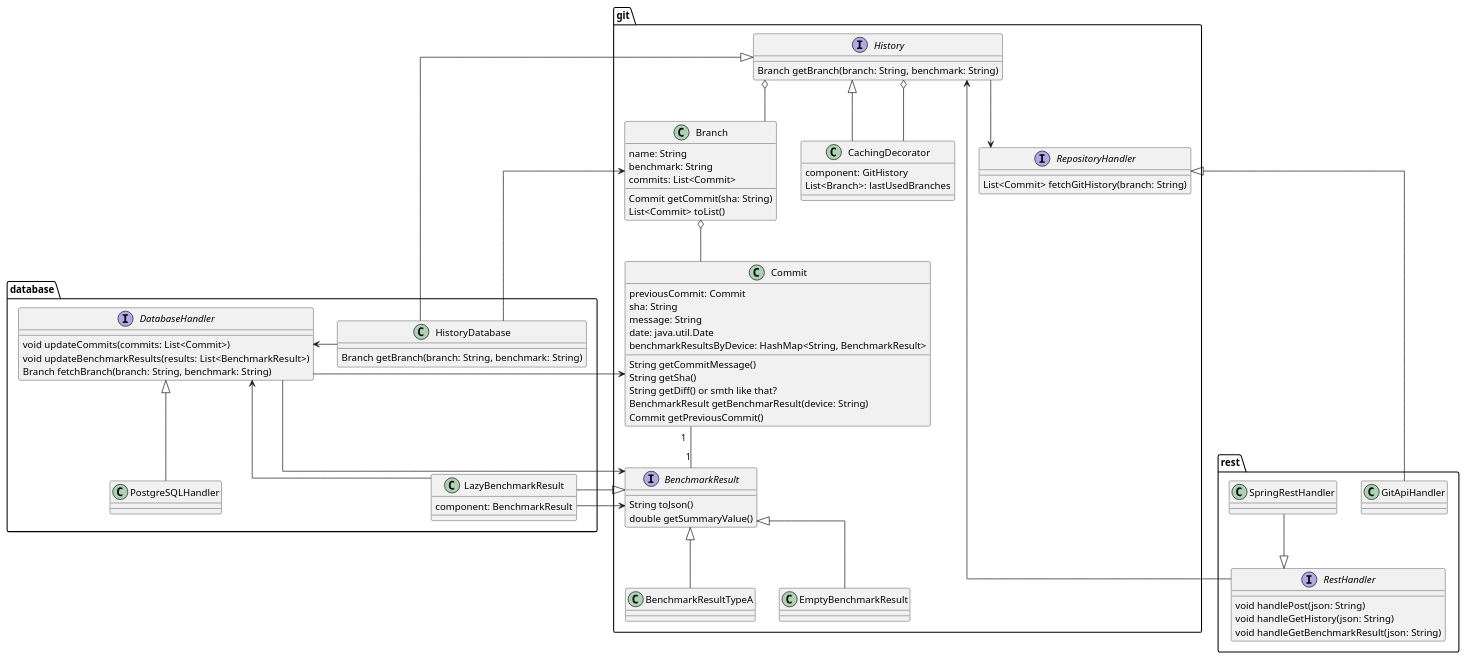
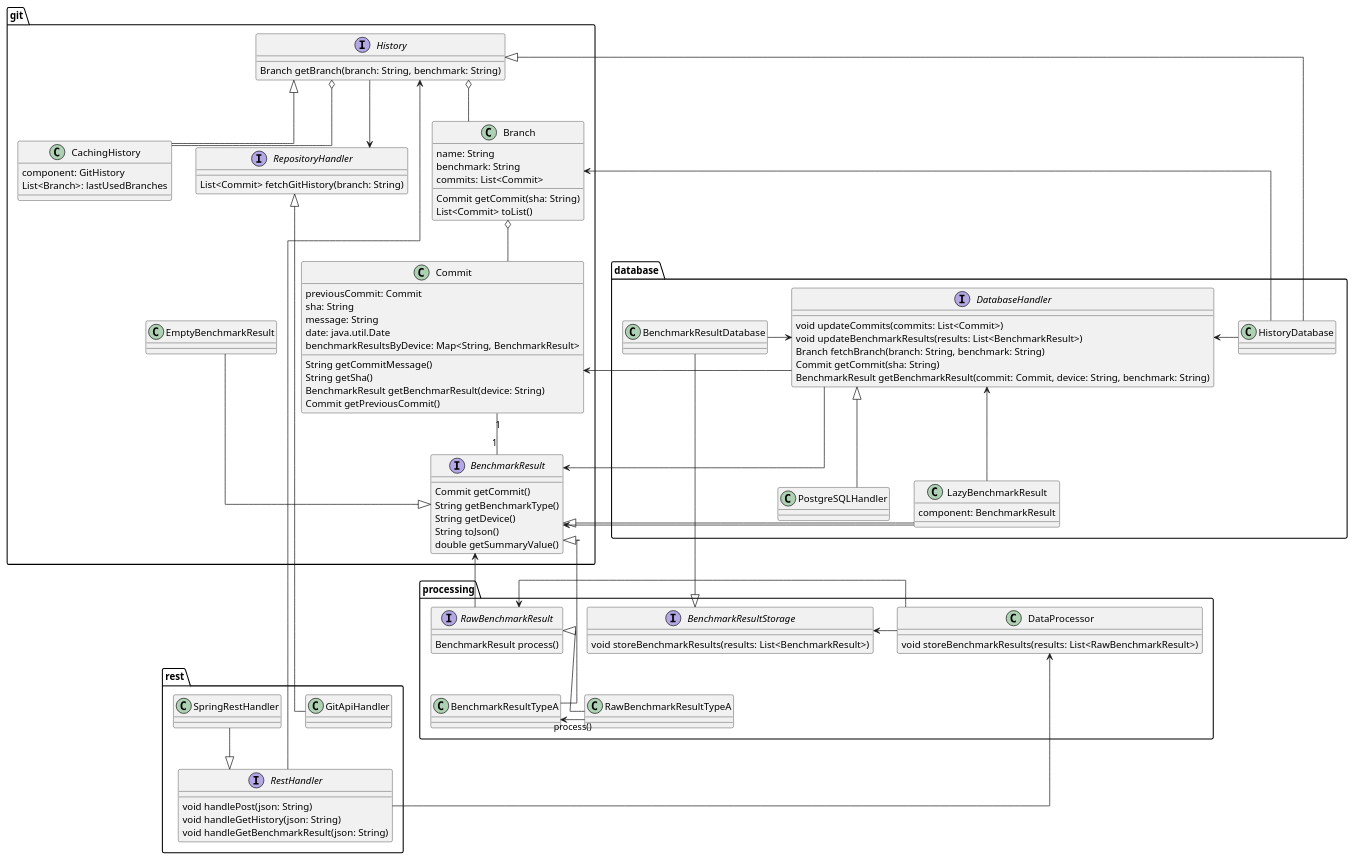
One commit to pse-parkview/Parkview changed the diagram in Design/plantuml/backend_class.puml. Above: the diagram before and after it, drawn with PlantUML. The commit also changed 14 other files, not shown here.

```diff
--- a/Design/plantuml/backend_class.puml
+++ b/Design/plantuml/backend_class.puml
@@ -1,107 +1,137 @@
 @startuml backend
 
 skinparam linetype ortho
 
 package git {
   interface History {
     Branch getBranch(branch: String, benchmark: String)
   }
 
   interface RepositoryHandler {
     List<Commit> fetchGitHistory(branch: String)
   }
 
-  class CachingDecorator {
+  class CachingHistory {
     component: GitHistory
     List<Branch>: lastUsedBranches
   }
   
   class Commit {
     previousCommit: Commit
     sha: String
     message: String
     date: java.util.Date
-    benchmarkResultsByDevice: HashMap<String, BenchmarkResult>
+    benchmarkResultsByDevice: Map<String, BenchmarkResult>
     String getCommitMessage()
     String getSha()
-    String getDiff() or smth like that?
     BenchmarkResult getBenchmarResult(device: String)
     Commit getPreviousCommit()
   }
   
   
   class Branch {
     name: String
     benchmark: String
     commits: List<Commit>
     Commit getCommit(sha: String)
     List<Commit> toList()
   }
     
   interface BenchmarkResult {
+    Commit getCommit()
+    String getBenchmarkType()
+    String getDevice()
     String toJson()
     double getSummaryValue()
   }
-  
-  class BenchmarkResultTypeA
+
   class EmptyBenchmarkResult
-  
-  
-  BenchmarkResult <|-- EmptyBenchmarkResult
-  BenchmarkResult <|-- BenchmarkResultTypeA
+  EmptyBenchmarkResult --|> BenchmarkResult
   
   History o-- Branch
   History --> RepositoryHandler
-  History <|-- CachingDecorator
-  History o-- CachingDecorator
+  History <|-- CachingHistory
+  History o-- CachingHistory
   
   Branch o-- Commit
   Commit "1" -- "1" BenchmarkResult
 }
 
 
 package rest {
   class GitApiHandler
   class SpringRestHandler
   
   interface RestHandler {
     void handlePost(json: String)
     void handleGetHistory(json: String)
     void handleGetBenchmarkResult(json: String)
   }
    
   SpringRestHandler --|> RestHandler
 }
 
 package database {
   class PostgreSQLHandler
   
   interface DatabaseHandler {
     void updateCommits(commits: List<Commit>)
     void updateBenchmarkResults(results: List<BenchmarkResult>)
     Branch fetchBranch(branch: String, benchmark: String)
+    Commit getCommit(sha: String)
+    BenchmarkResult getBenchmarkResult(commit: Commit, device: String, benchmark: String)
   }
+  
+  class HistoryDatabase
   
   DatabaseHandler <- HistoryDatabase
   DatabaseHandler <|-- PostgreSQLHandler
+
+  class BenchmarkResultDatabase
   
-  class HistoryDatabase {
-    Branch getBranch(branch: String, benchmark: String)
-  }
+  DatabaseHandler <- BenchmarkResultDatabase
   
   class LazyBenchmarkResult {
     component: BenchmarkResult
   }
 
   DatabaseHandler <-- LazyBenchmarkResult
 }
 
+package processing {
+  interface RawBenchmarkResult {
+    BenchmarkResult process()
+  } 
+
+  class RawBenchmarkResultTypeA
+
+  class DataProcessor {
+    void storeBenchmarkResults(results: List<RawBenchmarkResult>)
+  }
+
+  interface BenchmarkResultStorage {
+    void storeBenchmarkResults(results: List<BenchmarkResult>)
+  }
+
+  class BenchmarkResultTypeA
+
+  RawBenchmarkResult <- DataProcessor
+  BenchmarkResultStorage <- DataProcessor
+  RawBenchmarkResult <|-- RawBenchmarkResultTypeA
+  RawBenchmarkResultTypeA -> BenchmarkResultTypeA: "process()"
+}
+
 History <--- RestHandler
 History <|--- HistoryDatabase
+BenchmarkResultStorage <|--- BenchmarkResultDatabase
 RepositoryHandler <|--- GitApiHandler
 DatabaseHandler ---> Commit
 DatabaseHandler ---> BenchmarkResult
 HistoryDatabase ---> Branch
+BenchmarkResult <|--- BenchmarkResultTypeA
 BenchmarkResult <|--- LazyBenchmarkResult
 BenchmarkResult <--- LazyBenchmarkResult
+BenchmarkResult <--- RawBenchmarkResult
+DataProcessor <--- RestHandler
+
 @enduml
```
